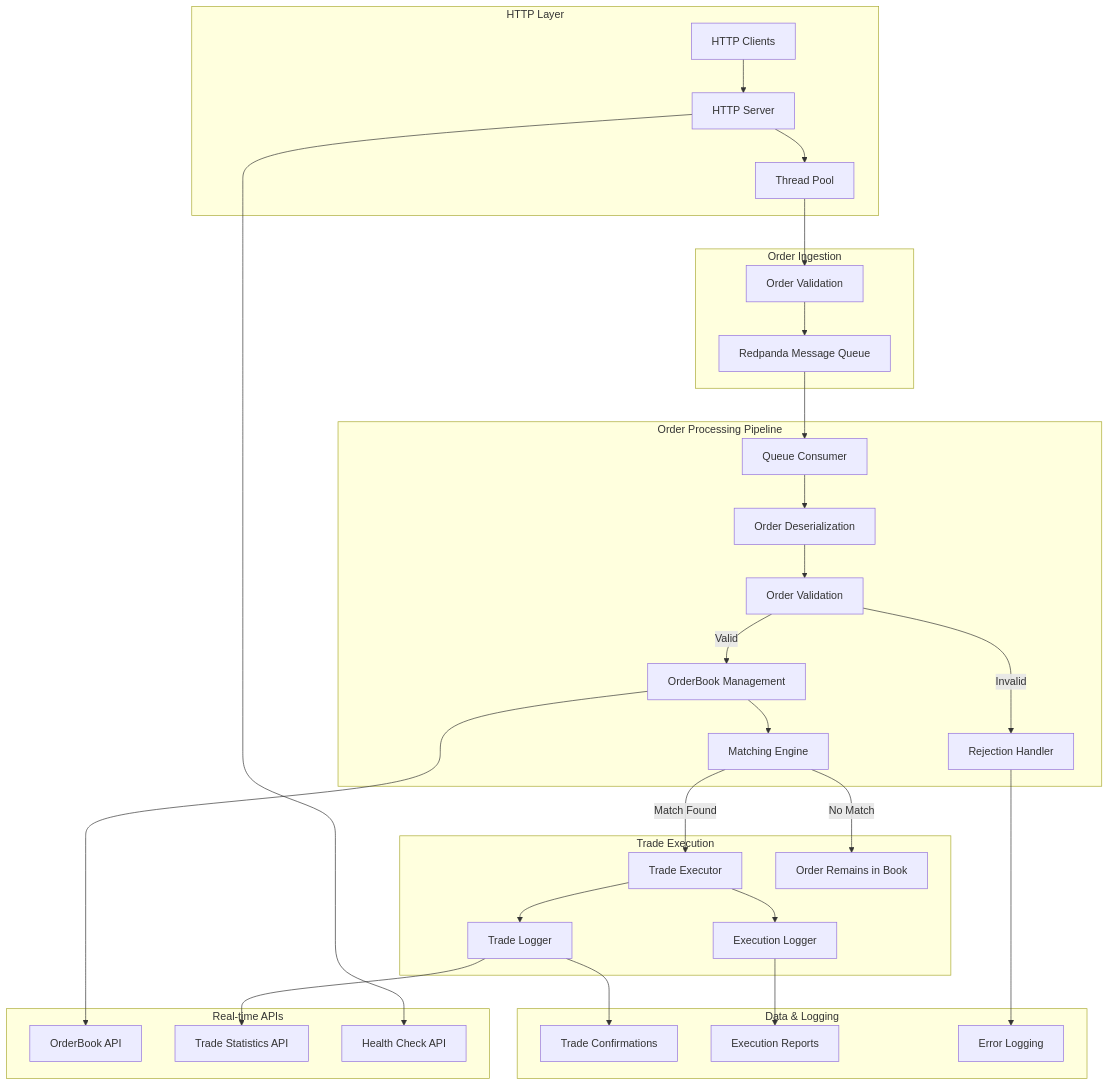
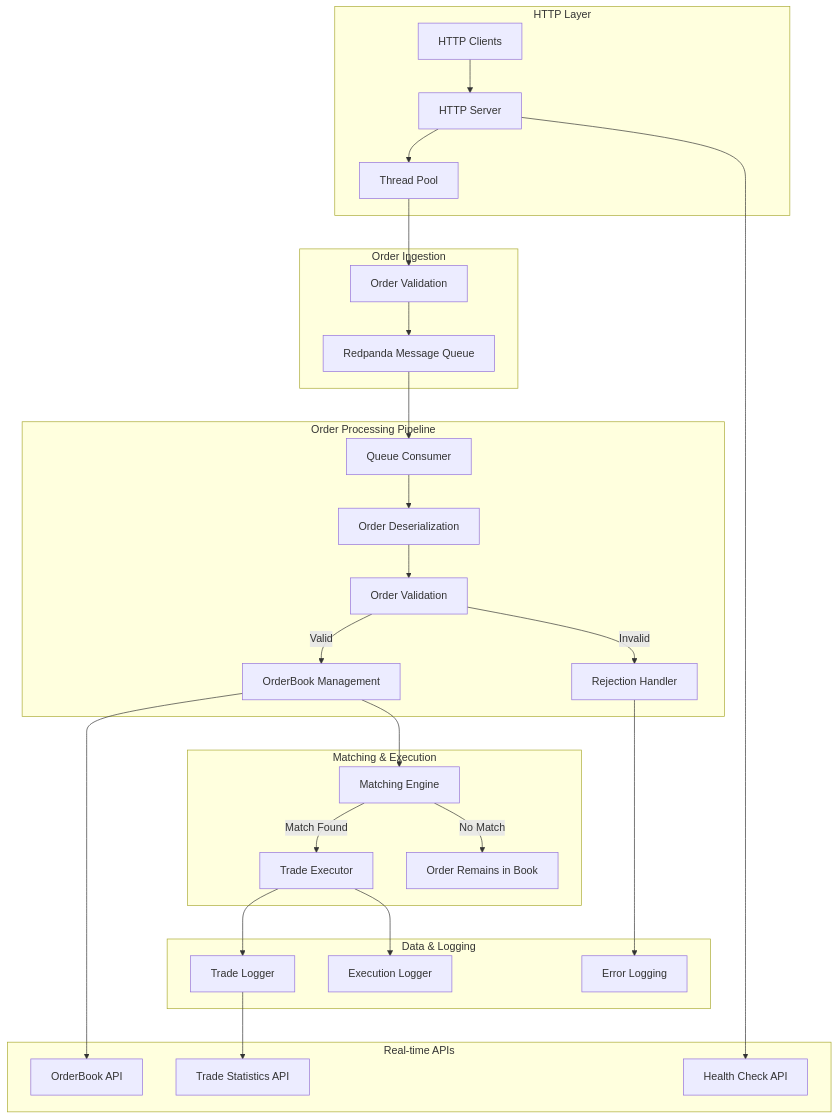
Before and after one commit to ACquantclub/live-trading-engine: the diagram in README.md, drawn with Mermaid.

Commit message:
Made mermaid graph more symmetric

````diff
--- a/README.md
+++ b/README.md
@@ -10,40 +10,38 @@
 ```mermaid
 graph TD
     subgraph "HTTP Layer"
         A[HTTP Clients] --> B[HTTP Server]
         B --> C[Thread Pool]
     end
-    
+
     subgraph "Order Ingestion"
         C --> D[Order Validation]
         D --> E[Redpanda Message Queue]
     end
 
     subgraph "Order Processing Pipeline"
         E --> F[Queue Consumer]
         F --> G[Order Deserialization]
         G --> H[Order Validation]
         H -- Valid --> I[OrderBook Management]
         H -- Invalid --> J[Rejection Handler]
+    end
+
+    subgraph "Matching & Execution"
         I --> K[Matching Engine]
-    end
-    
-    subgraph "Trade Execution"
         K -- Match Found --> L[Trade Executor]
         K -- No Match --> M[Order Remains in Book]
-        L --> N[Trade Logger]
-        L --> O[Execution Logger]
     end
     
     subgraph "Data & Logging"
-        N --> P[Trade Confirmations]
-        O --> Q[Execution Reports]
+        L --> N[Trade Logger]
+        L --> O[Execution Logger]
         J --> R[Error Logging]
     end
-    
+
     subgraph "Real-time APIs"
         I --> S[OrderBook API]
         N --> T[Trade Statistics API]
         B --> U[Health Check API]
     end
 ```
````
